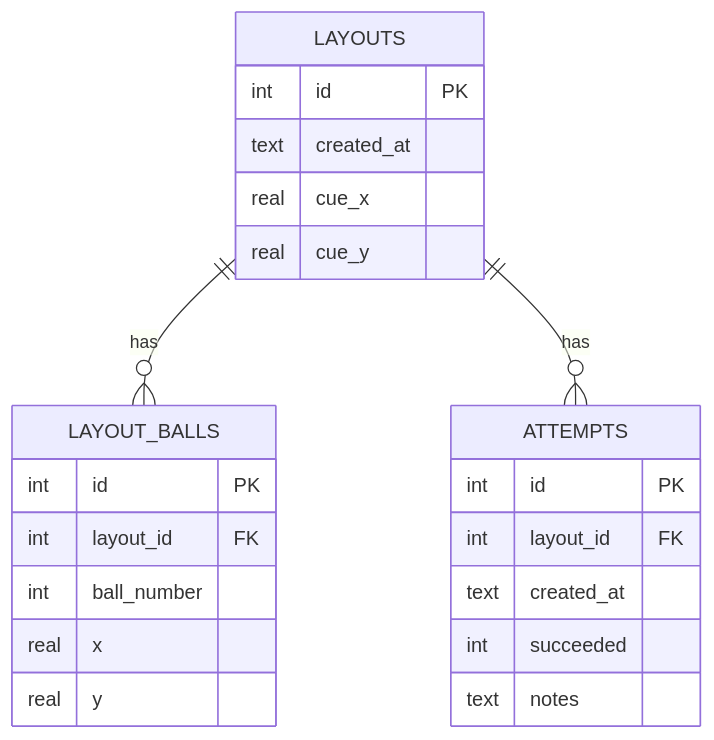
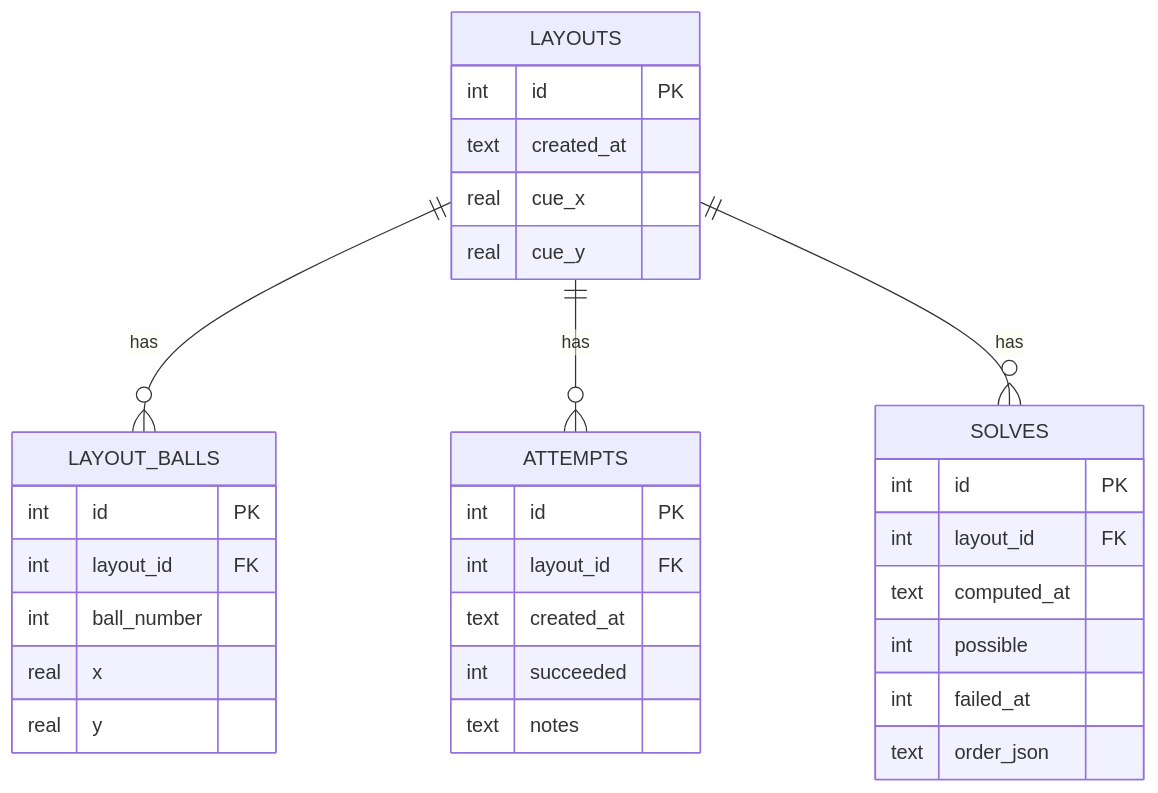
Before and after one commit to Lauragr9/pool-runout-planner: the second of 2 diagrams in docs/diagrams.md, drawn with Mermaid. The commit also changed other lines of this file and 8 other files, not shown here.

````diff
--- a/docs/diagrams.md
+++ b/docs/diagrams.md
@@ -33,26 +38,35 @@
 ```mermaid
 erDiagram
     LAYOUTS ||--o{ LAYOUT_BALLS : has
     LAYOUTS ||--o{ ATTEMPTS : has
+    LAYOUTS ||--o{ SOLVES : has
 
     LAYOUTS {
         int id PK
         text created_at
         real cue_x
         real cue_y
     }
     LAYOUT_BALLS {
         int id PK
         int layout_id FK
         int ball_number
         real x
         real y
     }
     ATTEMPTS {
         int id PK
         int layout_id FK
         text created_at
         int succeeded
         text notes
     }
+    SOLVES {
+        int id PK
+        int layout_id FK
+        text computed_at
+        int possible
+        int failed_at
+        text order_json
+    }
 ```
````
